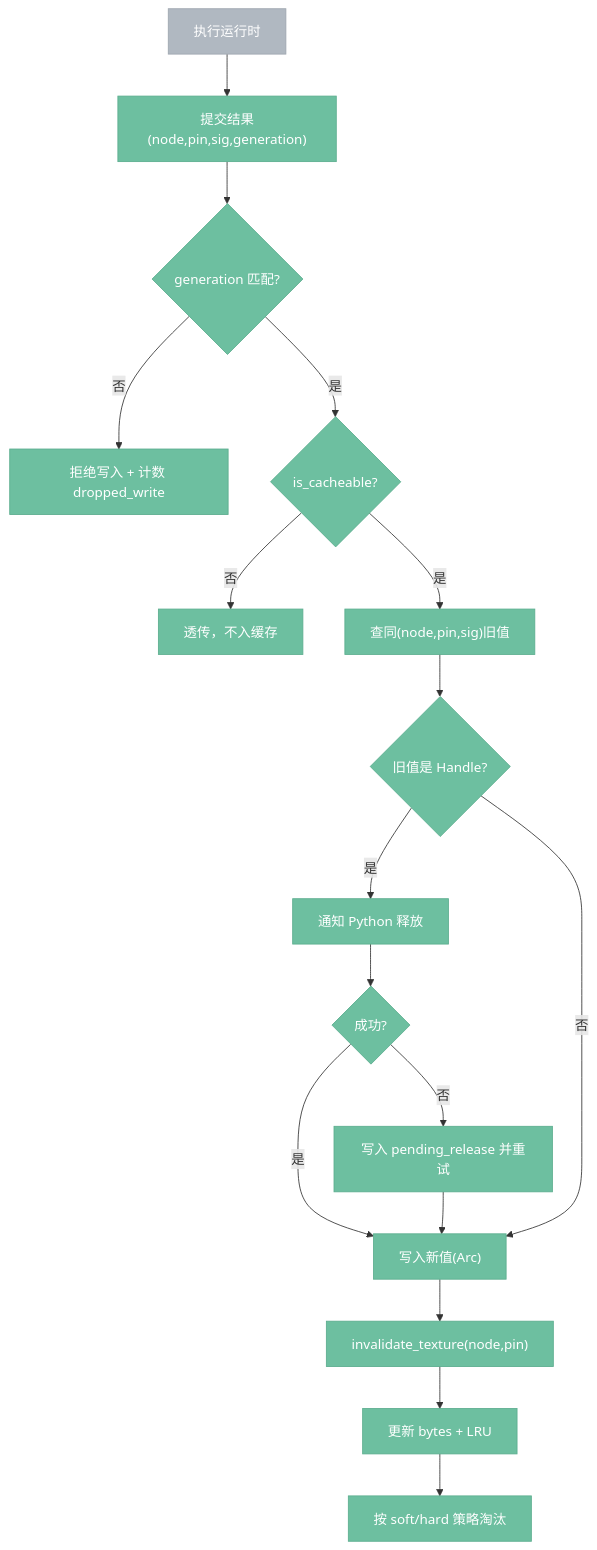
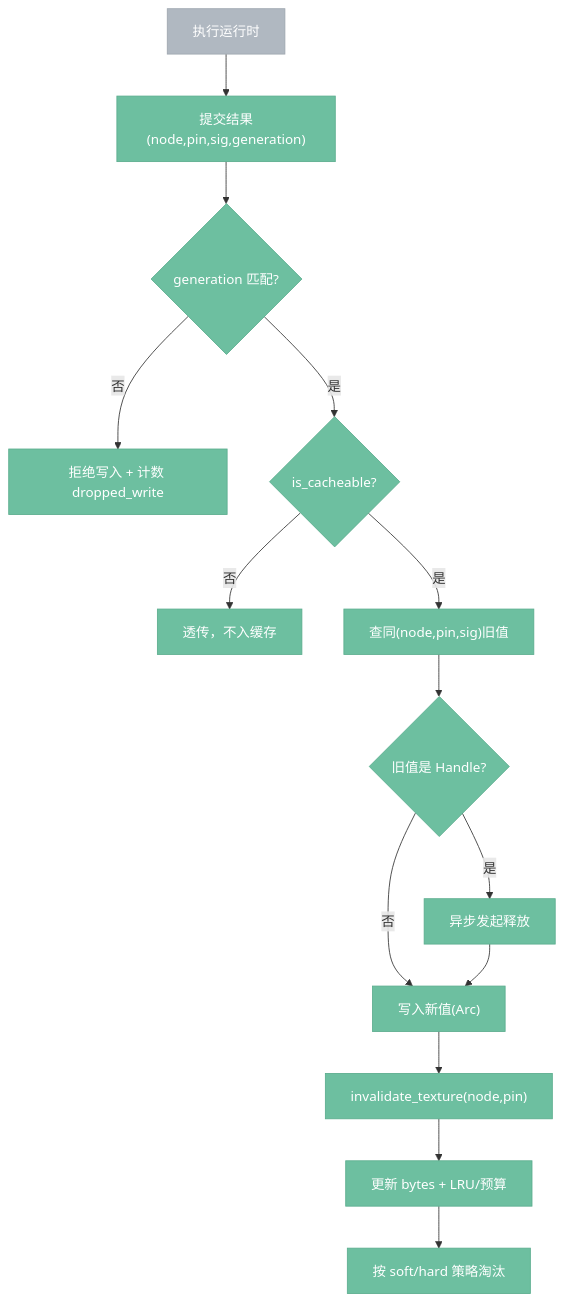
One commit to aporicho/nodeimg changed the second of 5 diagrams in docs/target/4.5.0-cache.impl.md. Above: the diagram before and after it, drawn with Mermaid. The commit also changed other lines of this file and 29 other files, not shown here.

````diff
--- a/docs/target/4.5.0-cache.impl.md
+++ b/docs/target/4.5.0-cache.impl.md
@@ -206,23 +219,20 @@
 ```mermaid
 %%{ init: { 'flowchart': { 'curve': 'basis' } } }%%
 flowchart TB
     classDef internal fill:#6DBFA0,stroke:#5BAD8E,color:#fff
     classDef external fill:#B0B8C1,stroke:#9EA6AF,color:#fff
 
     运行时["执行运行时"]:::external --> 提交["提交结果(node,pin,sig,generation)"]:::internal
     提交 --> 代际校验{"generation 匹配?"}:::internal
     代际校验 -->|"否"| 丢弃["拒绝写入 + 计数 dropped_write"]:::internal
     代际校验 -->|"是"| 可缓存{"is_cacheable?"}:::internal
     可缓存 -->|"否"| 返回["透传，不入缓存"]:::internal
     可缓存 -->|"是"| 查旧["查同(node,pin,sig)旧值"]:::internal
-    查旧 --> 释放旧Handle{"旧值是 Handle?"}:::internal
-    释放旧Handle -->|"是"| 调Python["通知 Python 释放"]:::internal
-    调Python --> 释放成功{"成功?"}:::internal
-    释放成功 -->|"否"| 入队["写入 pending_release 并重试"]:::internal
-    释放成功 -->|"是"| 写入
-    入队 --> 写入["写入新值(Arc<Value>)"]:::internal
-    释放旧Handle -->|"否"| 写入
+    查旧 --> 旧值Handle{"旧值是 Handle?"}:::internal
+    旧值Handle -->|"是"| 异步释放["异步发起释放"]:::internal
+    旧值Handle -->|"否"| 写入["写入新值(Arc<Value>)"]:::internal
+    异步释放 --> 写入
     写入 --> 失效纹理["invalidate_texture(node,pin)"]:::internal
-    失效纹理 --> 记账["更新 bytes + LRU"]:::internal
+    失效纹理 --> 记账["更新 bytes + LRU/预算"]:::internal
     记账 --> 淘汰["按 soft/hard 策略淘汰"]:::internal
 ```
````
